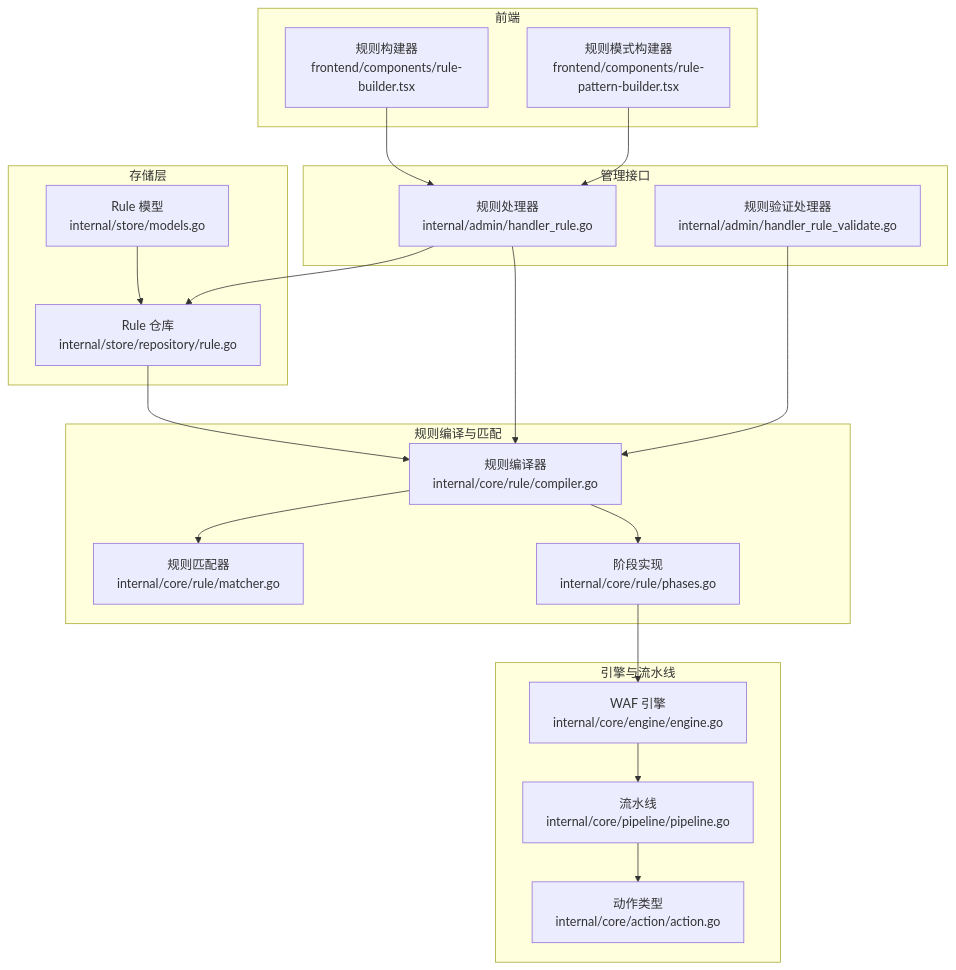
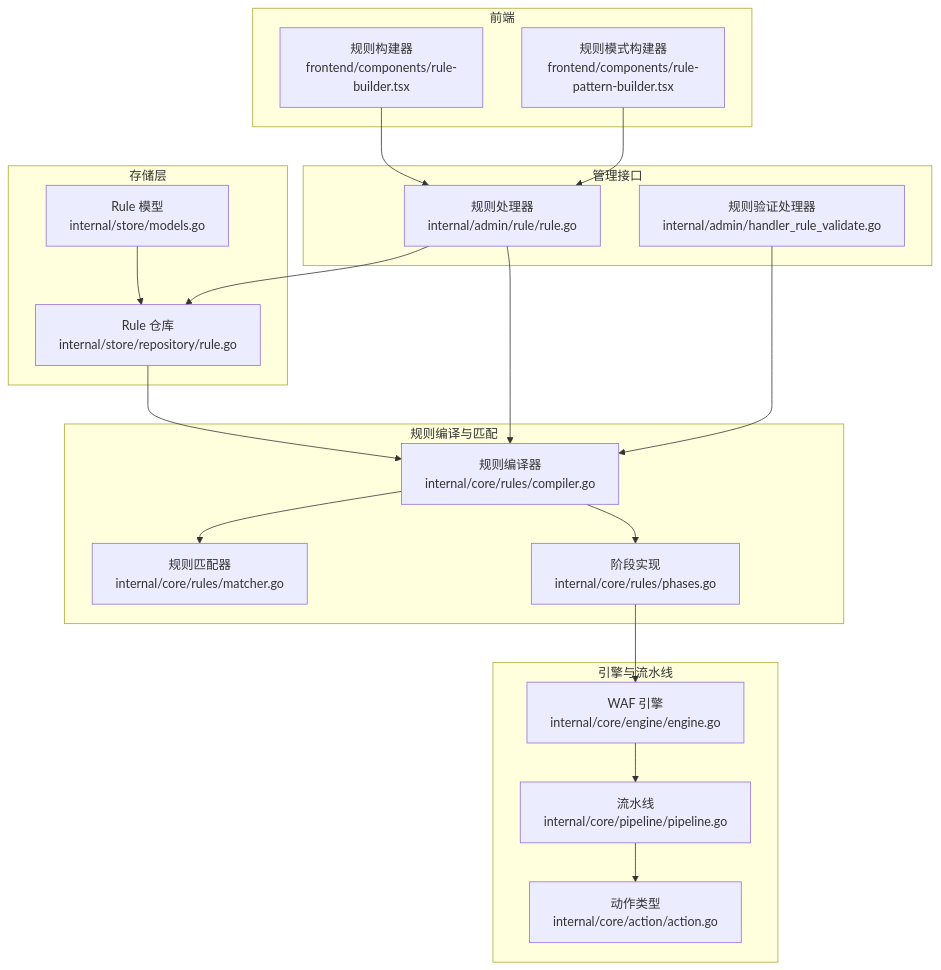
One commit to x01n/My-OpenWaf changed the first of 6 diagrams in docs/WAF 引擎系统/处理阶段详解/自定义规则阶段.md. Above: the diagram before and after it, drawn with Mermaid. The commit also changed other lines of this file and 199 other files, not shown here.

````diff
--- a/docs/WAF 引擎系统/处理阶段详解/自定义规则阶段.md
+++ b/docs/WAF 引擎系统/处理阶段详解/自定义规则阶段.md
@@ -44,37 +42,37 @@
 ```mermaid
 graph TB
 subgraph "存储层"
 M["Rule 模型<br/>internal/store/models.go"]
 R["Rule 仓库<br/>internal/store/repository/rule.go"]
 end
 subgraph "规则编译与匹配"
-C["规则编译器<br/>internal/core/rule/compiler.go"]
-P["规则匹配器<br/>internal/core/rule/matcher.go"]
-PH["阶段实现<br/>internal/core/rule/phases.go"]
+C["规则编译器<br/>internal/core/rules/compiler.go"]
+P["规则匹配器<br/>internal/core/rules/matcher.go"]
+PH["阶段实现<br/>internal/core/rules/phases.go"]
 end
 subgraph "引擎与流水线"
 E["WAF 引擎<br/>internal/core/engine/engine.go"]
 PL["流水线<br/>internal/core/pipeline/pipeline.go"]
 AC["动作类型<br/>internal/core/action/action.go"]
 end
 subgraph "管理接口"
-HR["规则处理器<br/>internal/admin/handler_rule.go"]
+HR["规则处理器<br/>internal/admin/rule/rule.go"]
 HV["规则验证处理器<br/>internal/admin/handler_rule_validate.go"]
 end
 subgraph "前端"
 FB["规则构建器<br/>frontend/components/rule-builder.tsx"]
 FP["规则模式构建器<br/>frontend/components/rule-pattern-builder.tsx"]
 end
 M --> R
 R --> C
 C --> P
 C --> PH
 PH --> E
 E --> PL
 PL --> AC
 HR --> R
 HR --> C
 HV --> C
 FB --> HR
 FP --> HR
 ```
````
